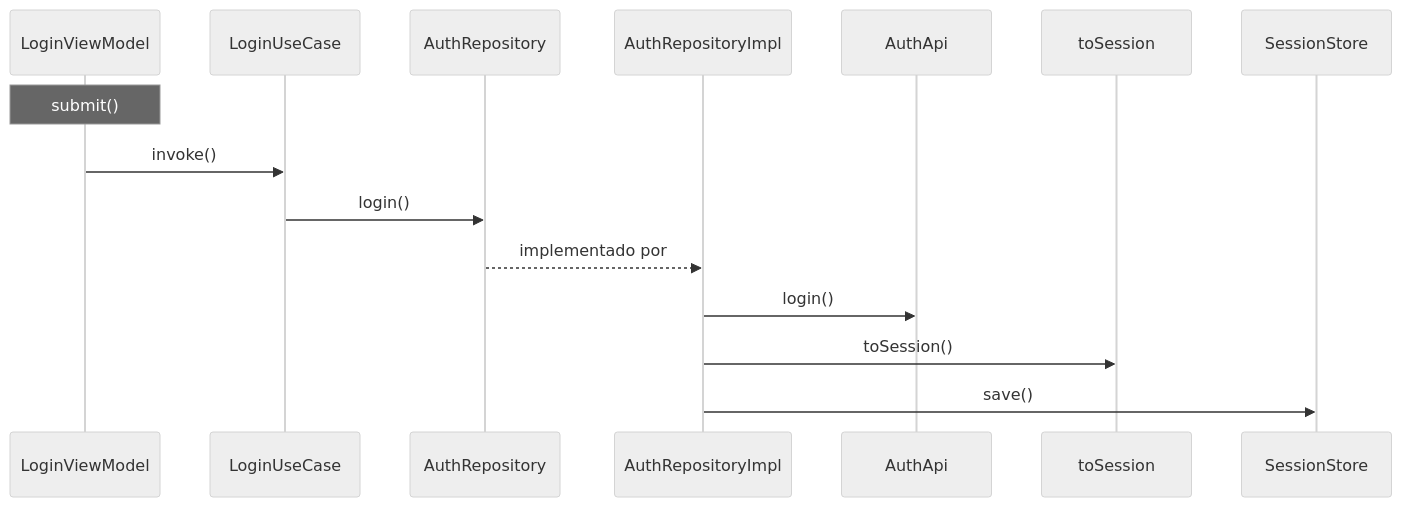
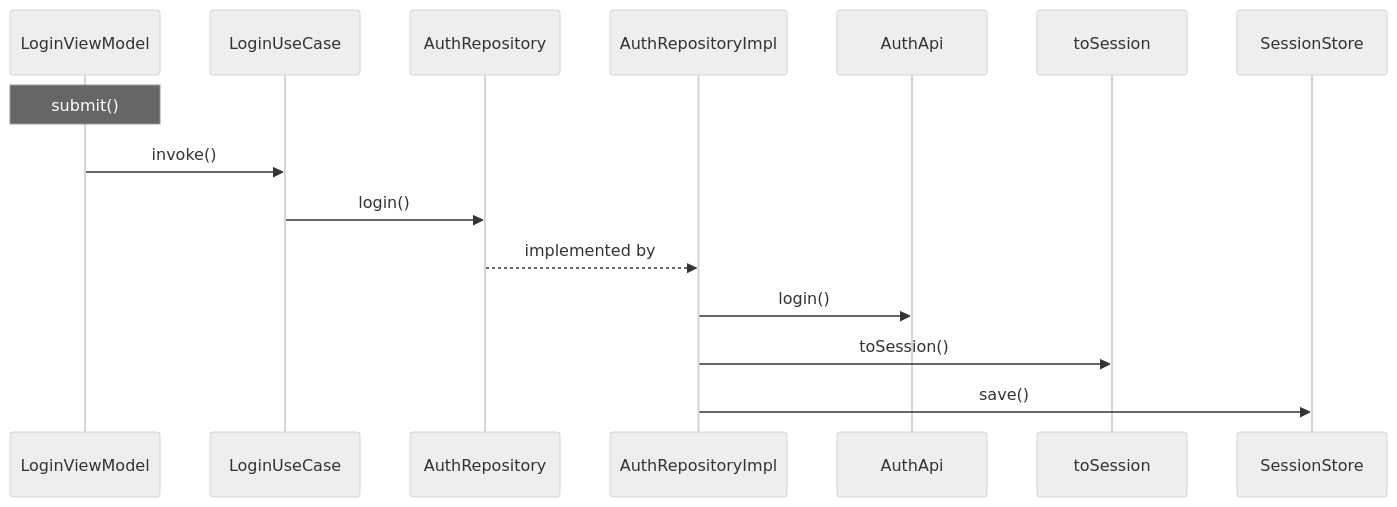
One commit to pfranccino/android-module-map changed the third of 5 diagrams in examples/feature-login.md. Above: the diagram before and after it, drawn with Mermaid (neutral theme). The commit also changed other lines of this file and 13 other files, not shown here.

````diff
--- a/examples/feature-login.md
+++ b/examples/feature-login.md
@@ -79,17 +79,17 @@
 ```mermaid
 sequenceDiagram
     participant n0 as LoginViewModel
     participant n1 as LoginUseCase
     participant n2 as AuthRepository
     participant n3 as AuthRepositoryImpl
     participant n4 as AuthApi
     participant n5 as toSession
     participant n6 as SessionStore
     Note over n0: submit()
     n0->>n1: invoke()
     n1->>n2: login()
-    n2-->>n3: implementado por
+    n2-->>n3: implemented by
     n3->>n4: login()
     n3->>n5: toSession()
     n3->>n6: save()
 ```
````
